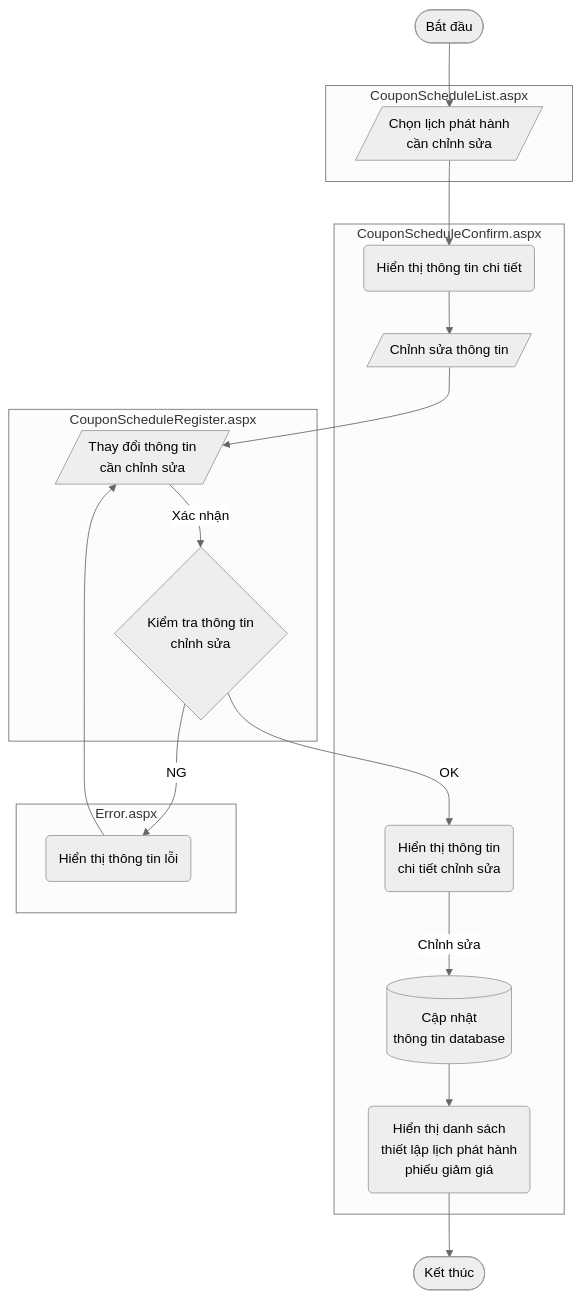
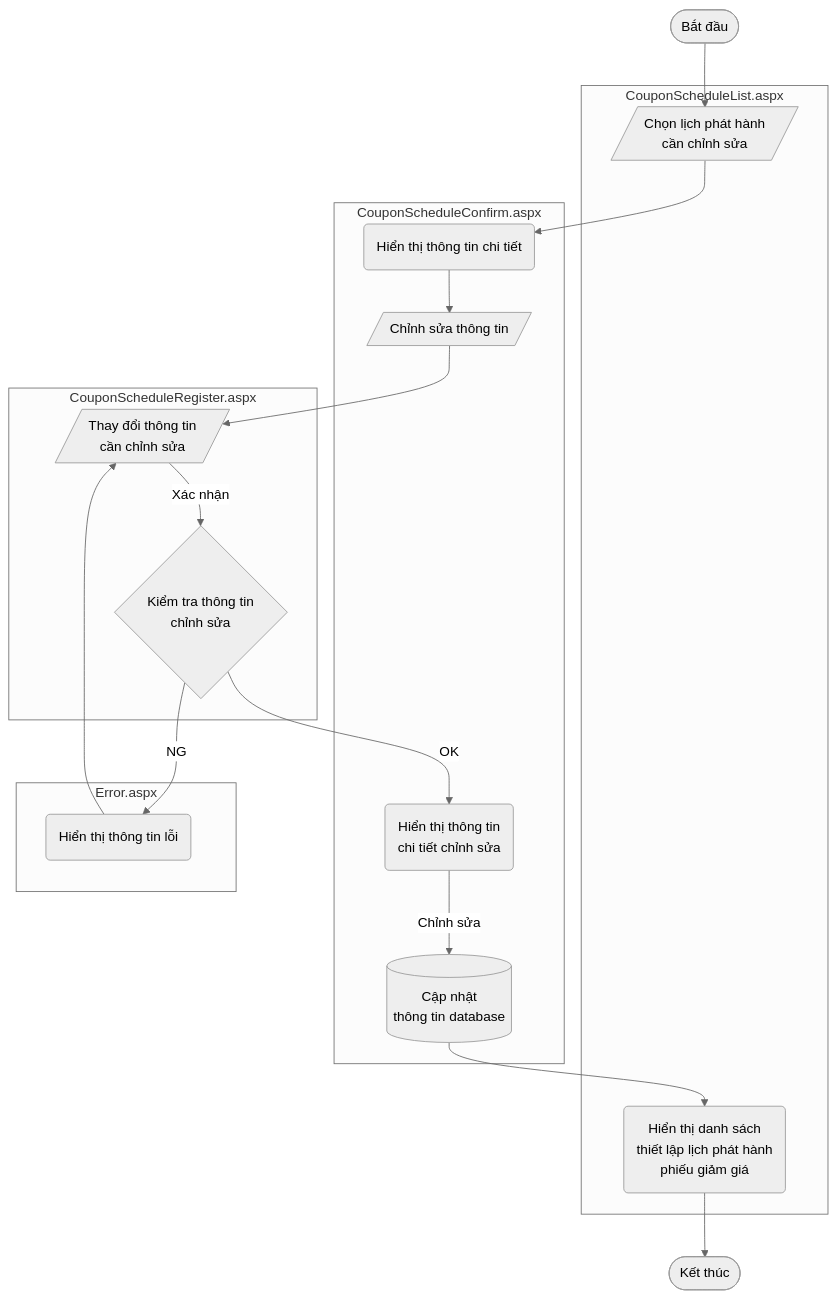
The diagram in README.md (nghiemchibao01/doc), drawn with Mermaid (neutral theme) before and after one commit. The commit also changed other lines of this file, not shown here.

````diff
--- a/README.md
+++ b/README.md
@@ -1,39 +1,39 @@
 ```mermaid
 flowchart TB
 
   subgraph CouponScheduleList.aspx
     A
+    I
   end
 
   subgraph CouponScheduleConfirm.aspx
     A1
     B
     G
     H
-    I
   end
 
   subgraph CouponScheduleRegister.aspx
     C
     D
   end
 
   subgraph Error.aspx
     F
   end
 
   Start([Bắt đầu]) --> A[/Chọn lịch phát hành\n cần chỉnh sửa/]
   A --> A1("Hiển thị thông tin chi tiết")
   A1 --> B[/Chỉnh sửa thông tin/]
   B --> C[/"Thay đổi thông tin
       cần chỉnh sửa"/]
   C --> |Xác nhận| D{Kiểm tra thông tin\n chỉnh sửa}
   D --> |OK| G("Hiển thị thông tin
       chi tiết chỉnh sửa")
   D --> |NG| F(Hiển thị thông tin lỗi)
   F --> C
   G --> |Chỉnh sửa| H[("Cập nhật\n thông tin database")]
   H --> I(Hiển thị danh sách\n thiết lập lịch phát hành\n phiếu giảm giá)
   I --> End([Kết thúc])
   
 ```
````
